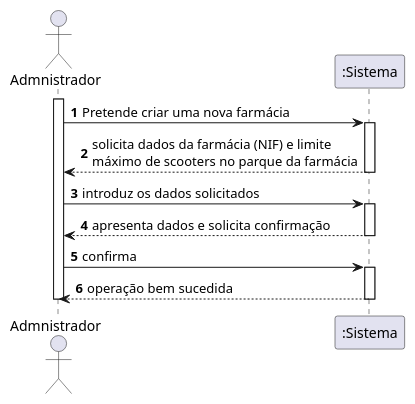
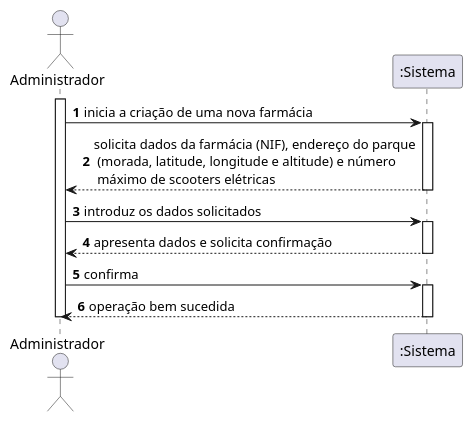
One commit to pedrolemos4/LAPR3 changed the diagram in docs/UC8/SSD-REGISTAR FARMACIA.puml. Above: the diagram before and after it, drawn with PlantUML. The commit also changed 3 other files, not shown here.

```diff
--- a/docs/UC8/SSD-REGISTAR FARMACIA.puml
+++ b/docs/UC8/SSD-REGISTAR FARMACIA.puml
@@ -1,22 +1,22 @@
 @startuml
 autonumber
-actor "Admnistrador" as ADM
+actor "Administrador" as ADM
 
 activate ADM
-ADM -> ":Sistema" : Pretende criar uma nova farmácia
+ADM -> ":Sistema" : inicia a criação de uma nova farmácia
 activate ":Sistema"
-":Sistema" --> ADM : solicita dados da farmácia (NIF) e limite \nmáximo de scooters no parque da farmácia
+":Sistema" --> ADM : solicita dados da farmácia (NIF), endereço do parque\n (morada, latitude, longitude e altitude) e número\n máximo de scooters elétricas
 deactivate ":Sistema"
 
 ADM -> ":Sistema" : introduz os dados solicitados
 activate ":Sistema"
 ":Sistema" --> ADM : apresenta dados e solicita confirmação
 deactivate ":Sistema"
 
 ADM -> ":Sistema" : confirma
 activate ":Sistema"
 ":Sistema" --> ADM : operação bem sucedida
 deactivate ":Sistema"
 
 deactivate ADM
 @enduml
```
